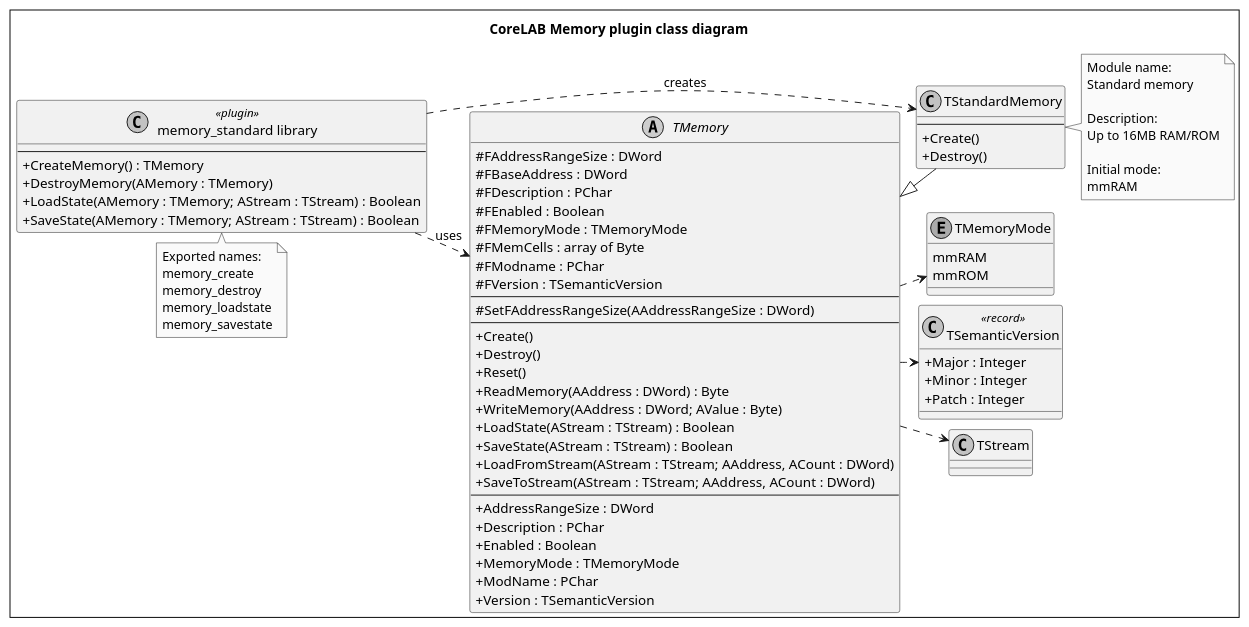
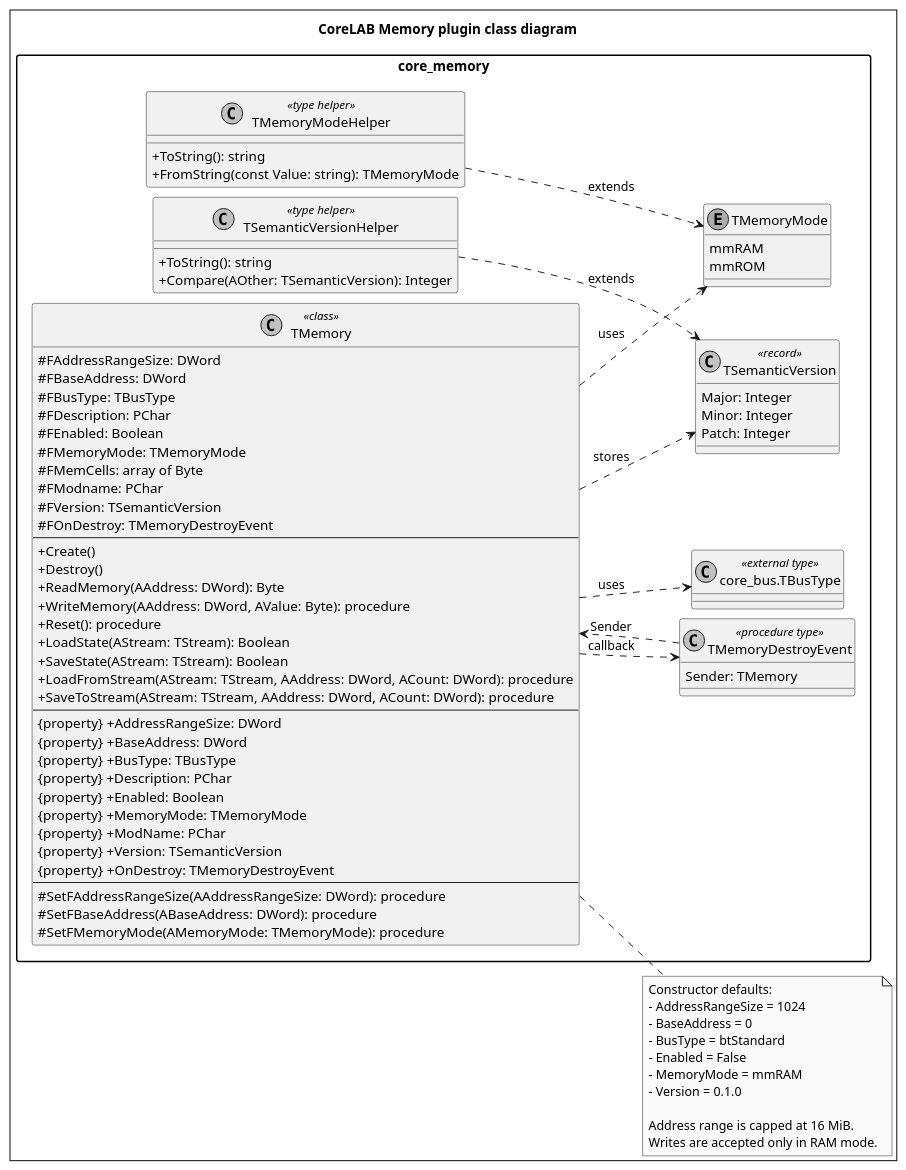
One commit to pozsarzs/corelab changed the diagram in document/code/diagrams/source/class_memory.puml. Above: the diagram before and after it, drawn with PlantUML. The commit also changed 7 other files, not shown here.

```diff
--- a/document/code/diagrams/source/class_memory.puml
+++ b/document/code/diagrams/source/class_memory.puml
@@ -1,99 +1,103 @@
 @startuml
-
 title CoreLAB Memory plugin class diagram
 
 skinparam classAttributeIconSize 0
 skinparam diagramBorderColor black
 skinparam diagramBorderThickness 1
 'skinparam linetype ortho
 skinparam nodesep 10
 skinparam packageStyle rectangle
 skinparam ranksep 10
 skinparam shadowing false
 skinparam monochrome true
 left to right direction
 
-abstract class TMemory {
-  # FAddressRangeSize : DWord
-  # FBaseAddress : DWord
-  # FDescription : PChar
-  # FEnabled : Boolean
-  # FMemoryMode : TMemoryMode
-  # FMemCells : array of Byte
-  # FModname : PChar
-  # FVersion : TSemanticVersion
-  --
-  # SetFAddressRangeSize(AAddressRangeSize : DWord)
-  --
-  + Create()
-  + Destroy()
-  + Reset()
-  + ReadMemory(AAddress : DWord) : Byte
-  + WriteMemory(AAddress : DWord; AValue : Byte)
-  + LoadState(AStream : TStream) : Boolean
-  + SaveState(AStream : TStream) : Boolean
-  + LoadFromStream(AStream : TStream; AAddress, ACount : DWord)
-  + SaveToStream(AStream : TStream; AAddress, ACount : DWord)
-  --
-  + AddressRangeSize : DWord
-  + Description : PChar
-  + Enabled : Boolean
-  + MemoryMode : TMemoryMode
-  + ModName : PChar
-  + Version : TSemanticVersion
+package "core_memory" {
+
+  class TMemory <<class>> {
+    {field} #FAddressRangeSize: DWord
+    {field} #FBaseAddress: DWord
+    {field} #FBusType: TBusType
+    {field} #FDescription: PChar
+    {field} #FEnabled: Boolean
+    {field} #FMemoryMode: TMemoryMode
+    {field} #FMemCells: array of Byte
+    {field} #FModname: PChar
+    {field} #FVersion: TSemanticVersion
+    {field} #FOnDestroy: TMemoryDestroyEvent
+    --
+    {method} +Create()
+    {method} +Destroy()
+    {method} +ReadMemory(AAddress: DWord): Byte
+    {method} +WriteMemory(AAddress: DWord, AValue: Byte): procedure
+    {method} +Reset(): procedure
+    {method} +LoadState(AStream: TStream): Boolean
+    {method} +SaveState(AStream: TStream): Boolean
+    {method} +LoadFromStream(AStream: TStream, AAddress: DWord, ACount: DWord): procedure
+    {method} +SaveToStream(AStream: TStream, AAddress: DWord, ACount: DWord): procedure
+    --
+    {property} +AddressRangeSize: DWord
+    {property} +BaseAddress: DWord
+    {property} +BusType: TBusType
+    {property} +Description: PChar
+    {property} +Enabled: Boolean
+    {property} +MemoryMode: TMemoryMode
+    {property} +ModName: PChar
+    {property} +Version: TSemanticVersion
+    {property} +OnDestroy: TMemoryDestroyEvent
+    --
+    {method} #SetFAddressRangeSize(AAddressRangeSize: DWord): procedure
+    {method} #SetFBaseAddress(ABaseAddress: DWord): procedure
+    {method} #SetFMemoryMode(AMemoryMode: TMemoryMode): procedure
+  }
+
+  class TMemoryDestroyEvent <<procedure type>> {
+    Sender: TMemory
+  }
+
+  enum TMemoryMode {
+    mmRAM
+    mmROM
+  }
+
+  class TMemoryModeHelper <<type helper>> {
+    +ToString(): string
+    +FromString(const Value: string): TMemoryMode
+  }
+
+  class TSemanticVersion <<record>> {
+    Major: Integer
+    Minor: Integer
+    Patch: Integer
+  }
+
+  class TSemanticVersionHelper <<type helper>> {
+    +ToString(): string
+    +Compare(AOther: TSemanticVersion): Integer
+  }
+
+  class "core_bus.TBusType" as TBusType <<external type>>
 }
 
-class TStandardMemory {
-  --
-  + Create()
-  + Destroy()
-}
+TMemory ..> TMemoryMode : uses
+TMemory ..> TSemanticVersion : stores
+TMemory ..> TBusType : uses
+TMemory ..> TMemoryDestroyEvent : callback
+TMemoryModeHelper ..> TMemoryMode : extends
+TSemanticVersionHelper ..> TSemanticVersion : extends
+TMemoryDestroyEvent ..> TMemory : Sender
 
-enum TMemoryMode {
-  mmRAM
-  mmROM
-}
+note right of TMemory
+  Constructor defaults:
+  - AddressRangeSize = 1024
+  - BaseAddress = 0
+  - BusType = btStandard
+  - Enabled = False
+  - MemoryMode = mmRAM
+  - Version = 0.1.0
 
-class TSemanticVersion <<record>> {
-  + Major : Integer
-  + Minor : Integer
-  + Patch : Integer
-}
-
-TMemory <|-- TStandardMemory
-
-TMemory ..> TMemoryMode
-TMemory ..> TSemanticVersion
-TMemory ..> TStream
-
-class "memory_standard library" as MemoryStandard <<plugin>> {
-  --
-  + CreateMemory() : TMemory
-  + DestroyMemory(AMemory : TMemory)
-  + LoadState(AMemory : TMemory; AStream : TStream) : Boolean
-  + SaveState(AMemory : TMemory; AStream : TStream) : Boolean
-}
-
-MemoryStandard ..> TStandardMemory : creates
-MemoryStandard ..> TMemory : uses
-
-note right of TStandardMemory
-Module name:
-Standard memory
-
-Description:
-Up to 16MB RAM/ROM
-
-Initial mode:
-mmRAM
-end note
-
-note bottom of MemoryStandard
-Exported names:
-memory_create
-memory_destroy
-memory_loadstate
-memory_savestate
+  Address range is capped at 16 MiB.
+  Writes are accepted only in RAM mode.
 end note
 
 @enduml
```
